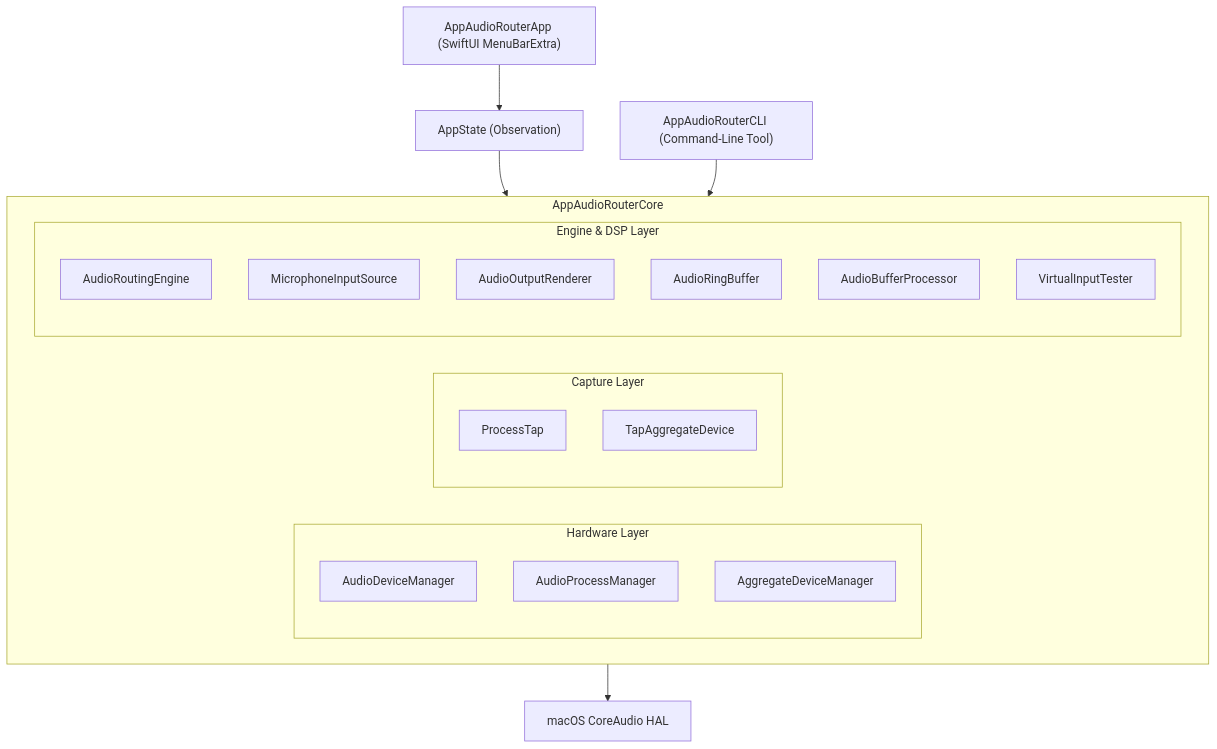
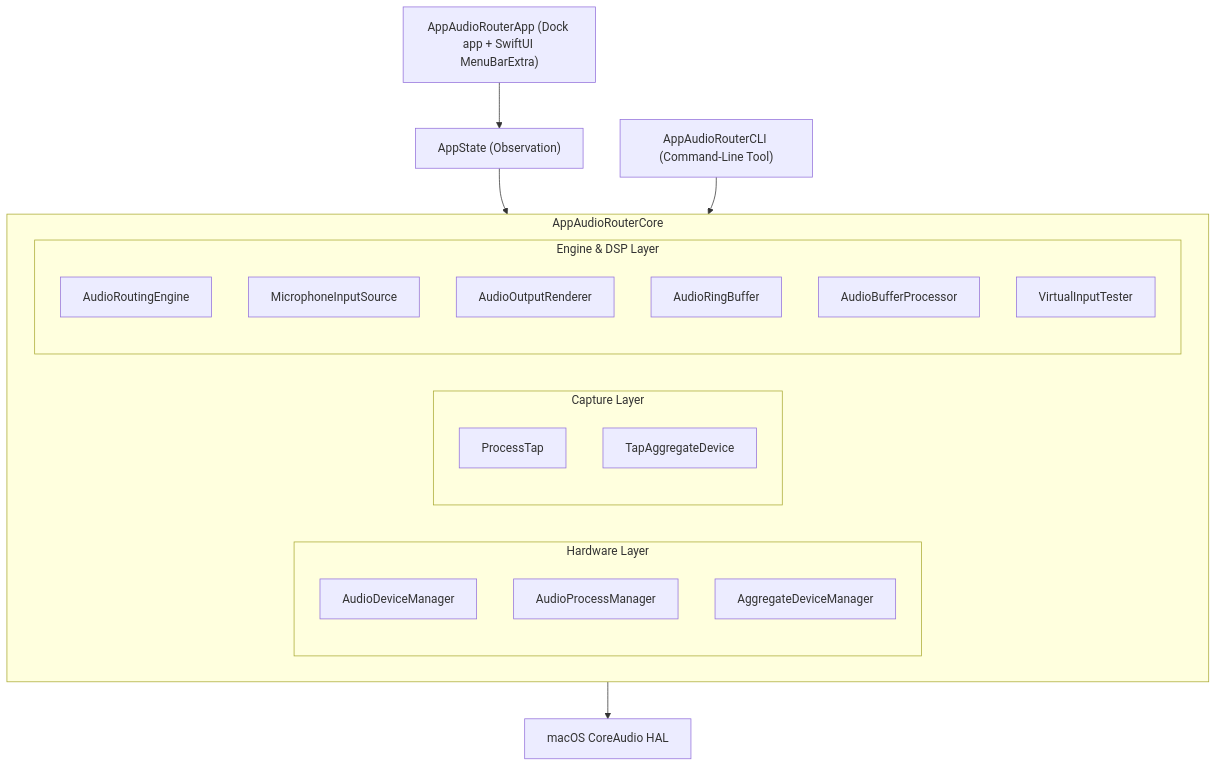
The first of 3 diagrams in docs/architecture.md (GooBitGitKome/app-audio-router), drawn with Mermaid before and after one commit. The commit also changed other lines of this file and 30 other files, not shown here.

Commit message:
feat(app): package dock-enabled audio router release

````diff
--- a/docs/architecture.md
+++ b/docs/architecture.md
@@ -11,28 +11,28 @@
 ```mermaid
 graph TD
-    App["AppAudioRouterApp (SwiftUI MenuBarExtra)"] --> AppState["AppState (Observation)"]
+    App["AppAudioRouterApp (Dock app + SwiftUI MenuBarExtra)"] --> AppState["AppState (Observation)"]
     AppState --> Core["AppAudioRouterCore (Framework)"]
     CLI["AppAudioRouterCLI (Command-Line Tool)"] --> Core
 
     subgraph Core ["AppAudioRouterCore"]
         subgraph Hardware ["Hardware Layer"]
             ADM["AudioDeviceManager"]
             APM["AudioProcessManager"]
             AGM["AggregateDeviceManager"]
         end
         subgraph Tap ["Capture Layer"]
             PT["ProcessTap"]
             TAD["TapAggregateDevice"]
         end
         subgraph Engine ["Engine & DSP Layer"]
             ARE["AudioRoutingEngine"]
             MIS["MicrophoneInputSource"]
             AOR["AudioOutputRenderer"]
             ARB["AudioRingBuffer"]
             ABP["AudioBufferProcessor"]
             VIT["VirtualInputTester"]
         end
     end
 
     Core --> CoreAudio["macOS CoreAudio HAL"]
 ```
````
